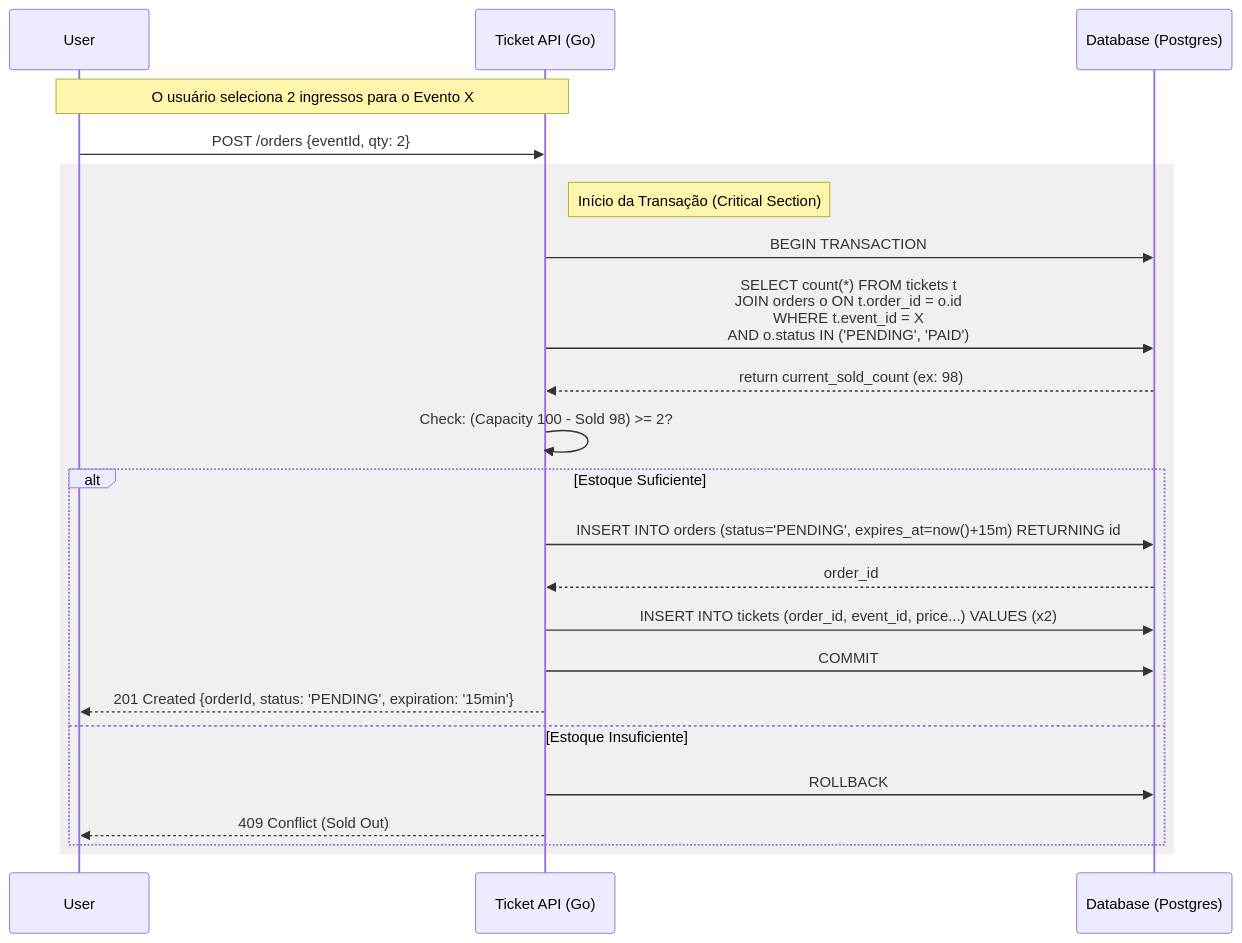
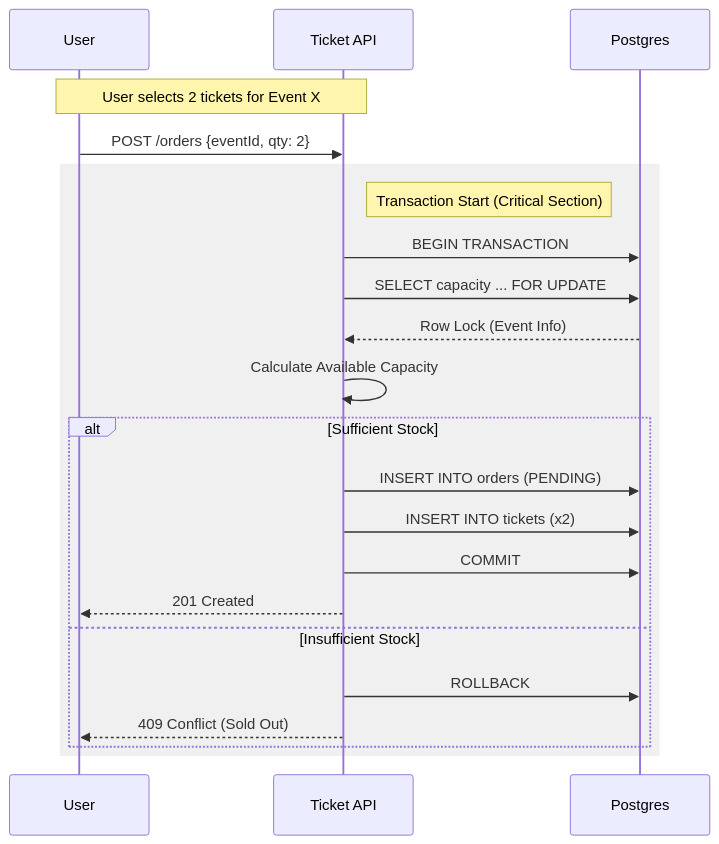
Before and after one commit to crislerwin/go-clean-api: the second of 2 diagrams in README.md, drawn with Mermaid. The commit also changed other lines of this file, not shown here.

Commit message:
docs: update README with expanded project overview, detailed tech stack, refined architecture diagrams, and a new API routes section.

````diff
--- a/README.md
+++ b/README.md
@@ -116,33 +125,29 @@
 ```mermaid
 sequenceDiagram
     participant U as User
-    participant API as Ticket API (Go)
-    participant DB as Database (Postgres)
+    participant API as Ticket API
+    participant DB as Postgres
 
-    Note over U, API: O usuário seleciona 2 ingressos para o Evento X
+    Note over U, API: User selects 2 tickets for Event X
     U->>API: POST /orders {eventId, qty: 2}
 
     rect rgb(240, 240, 240)
-        Note right of API: Início da Transação (Critical Section)
+        Note right of API: Transaction Start (Critical Section)
         API->>DB: BEGIN TRANSACTION
 
-        %% A query mágica que valida o estoque real
-        API->>DB: SELECT count(*) FROM tickets t <br/>JOIN orders o ON t.order_id = o.id <br/>WHERE t.event_id = X <br/>AND o.status IN ('PENDING', 'PAID')
-        DB-->>API: return current_sold_count (ex: 98)
+        API->>DB: SELECT capacity ... FOR UPDATE
+        DB-->>API: Row Lock (Event Info)
 
-        API->>API: Check: (Capacity 100 - Sold 98) >= 2?
+        API->>API: Calculate Available Capacity
 
-        alt Estoque Suficiente
-            API->>DB: INSERT INTO orders (status='PENDING', expires_at=now()+15m) RETURNING id
-            DB-->>API: order_id
-
-            API->>DB: INSERT INTO tickets (order_id, event_id, price...) VALUES (x2)
-
+        alt Sufficient Stock
+            API->>DB: INSERT INTO orders (PENDING)
+            API->>DB: INSERT INTO tickets (x2)
             API->>DB: COMMIT
-            API-->>U: 201 Created {orderId, status: 'PENDING', expiration: '15min'}
-        else Estoque Insuficiente
+            API-->>U: 201 Created
+        else Insufficient Stock
             API->>DB: ROLLBACK
             API-->>U: 409 Conflict (Sold Out)
         end
     end
 ```
````
